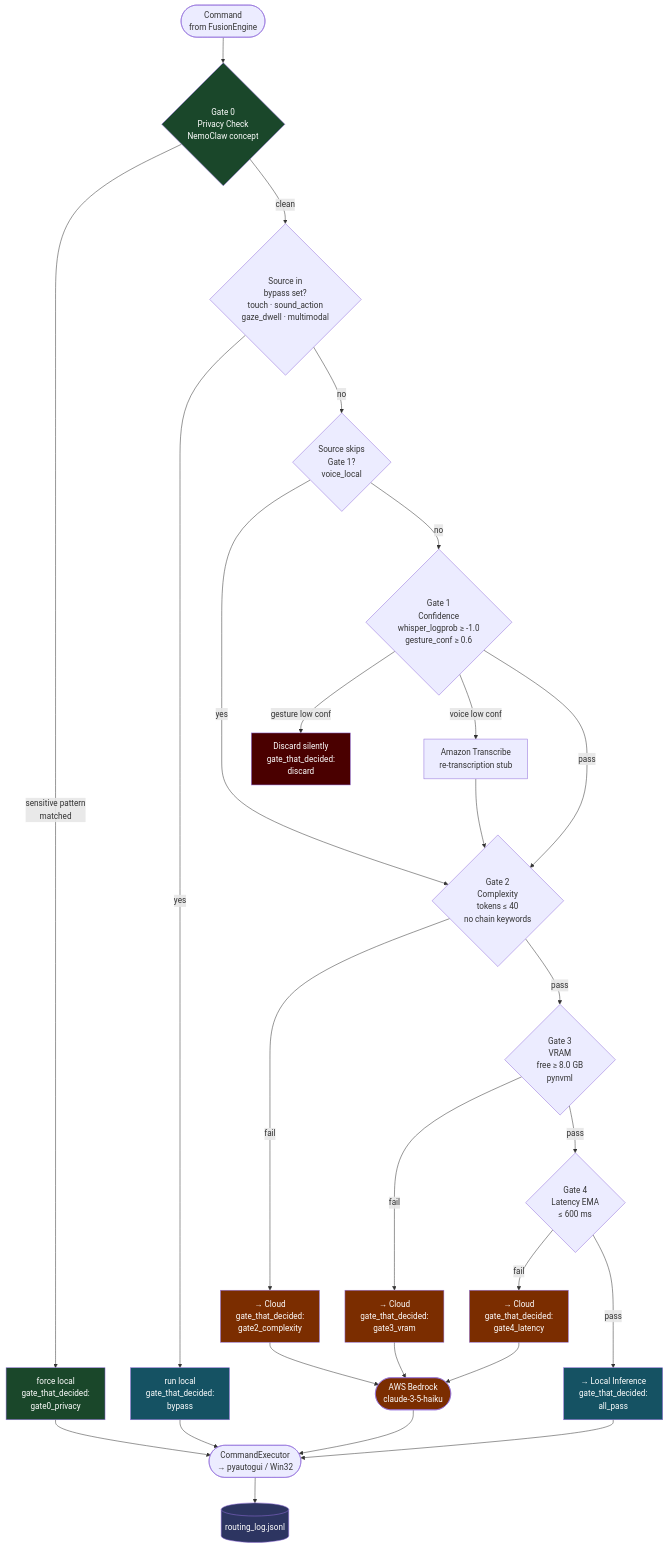
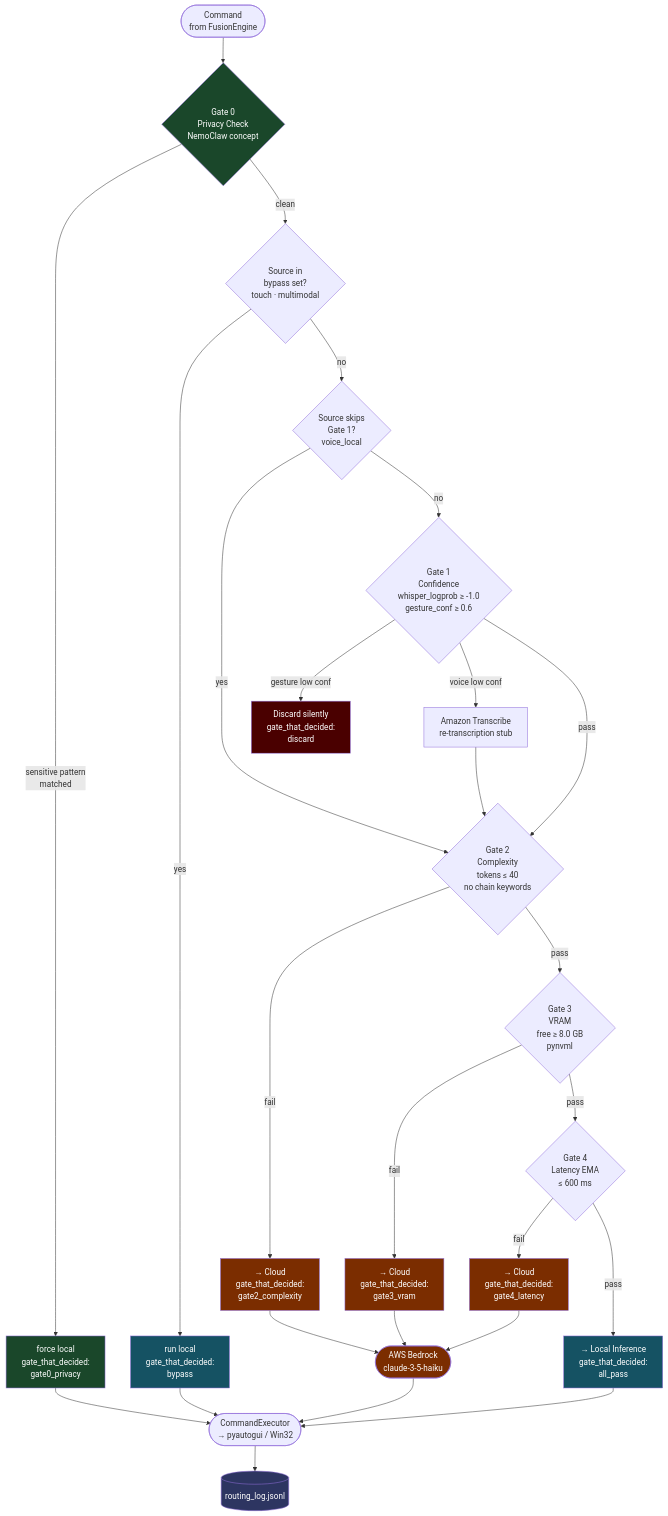
One commit to Bradly187/Personal-Desktop-Agent changed the diagram in specs/ipad-sensor-focus/diagrams/11-nemoclaw-gate-flow.md. Above: the diagram before and after it, drawn with Mermaid. The commit also changed 16 other files, not shown here.

````diff
--- a/specs/ipad-sensor-focus/diagrams/11-nemoclaw-gate-flow.md
+++ b/specs/ipad-sensor-focus/diagrams/11-nemoclaw-gate-flow.md
@@ -8,75 +8,75 @@
 ```mermaid
 flowchart TD
     CMD(["Command\nfrom FusionEngine"])
 
     G0{"Gate 0\nPrivacy Check\nNemoClaw concept"}
     G0_PASS["force local\ngate_that_decided:\ngate0_privacy"]
 
-    BYPASS{"Source in\nbypass set?\ntouch · sound_action\ngaze_dwell · multimodal"}
+    BYPASS{"Source in\nbypass set?\ntouch · multimodal"}
     BYPASS_PASS["run local\ngate_that_decided:\nbypass"]
 
     SKIP1{"Source skips\nGate 1?\nvoice_local"}
 
     G1{"Gate 1\nConfidence\nwhisper_logprob ≥ -1.0\ngesture_conf ≥ 0.6"}
     G1_GESTURE["Discard silently\ngate_that_decided:\ndiscard"]
     G1_VOICE["Amazon Transcribe\nre-transcription stub"]
 
     G2{"Gate 2\nComplexity\ntokens ≤ 40\nno chain keywords"}
     G2_FAIL["→ Cloud\ngate_that_decided:\ngate2_complexity"]
 
     G3{"Gate 3\nVRAM\nfree ≥ 8.0 GB\npynvml"}
     G3_FAIL["→ Cloud\ngate_that_decided:\ngate3_vram"]
 
     G4{"Gate 4\nLatency EMA\n≤ 600 ms"}
     G4_FAIL["→ Cloud\ngate_that_decided:\ngate4_latency"]
 
     LOCAL["→ Local Inference\ngate_that_decided:\nall_pass"]
 
     CLOUD(["AWS Bedrock\nclaude-3-5-haiku"])
     EXEC(["CommandExecutor\n→ pyautogui / Win32"])
     LOGFILE[("routing_log.jsonl")]
 
     CMD --> G0
     G0 -->|"sensitive pattern\nmatched"| G0_PASS
     G0 -->|"clean"| BYPASS
     G0_PASS --> EXEC
 
     BYPASS -->|"yes"| BYPASS_PASS
     BYPASS -->|"no"| SKIP1
     BYPASS_PASS --> EXEC
 
     SKIP1 -->|"yes"| G2
     SKIP1 -->|"no"| G1
 
     G1 -->|"gesture low conf"| G1_GESTURE
     G1 -->|"voice low conf"| G1_VOICE
     G1 -->|"pass"| G2
     G1_VOICE --> G2
 
     G2 -->|"fail"| G2_FAIL
     G2 -->|"pass"| G3
     G2_FAIL --> CLOUD
 
     G3 -->|"fail"| G3_FAIL
     G3 -->|"pass"| G4
     G3_FAIL --> CLOUD
 
     G4 -->|"fail"| G4_FAIL
     G4 -->|"pass"| LOCAL
     G4_FAIL --> CLOUD
 
     LOCAL --> EXEC
     CLOUD --> EXEC
     EXEC --> LOGFILE
 
     style G0 fill:#1a472a,color:#fff
     style G0_PASS fill:#1a472a,color:#fff
     style BYPASS_PASS fill:#155263,color:#fff
     style LOCAL fill:#155263,color:#fff
     style CLOUD fill:#7b2d00,color:#fff
     style G2_FAIL fill:#7b2d00,color:#fff
     style G3_FAIL fill:#7b2d00,color:#fff
     style G4_FAIL fill:#7b2d00,color:#fff
     style G1_GESTURE fill:#4a0000,color:#fff
     style LOGFILE fill:#2d3561,color:#fff
 ```
````
